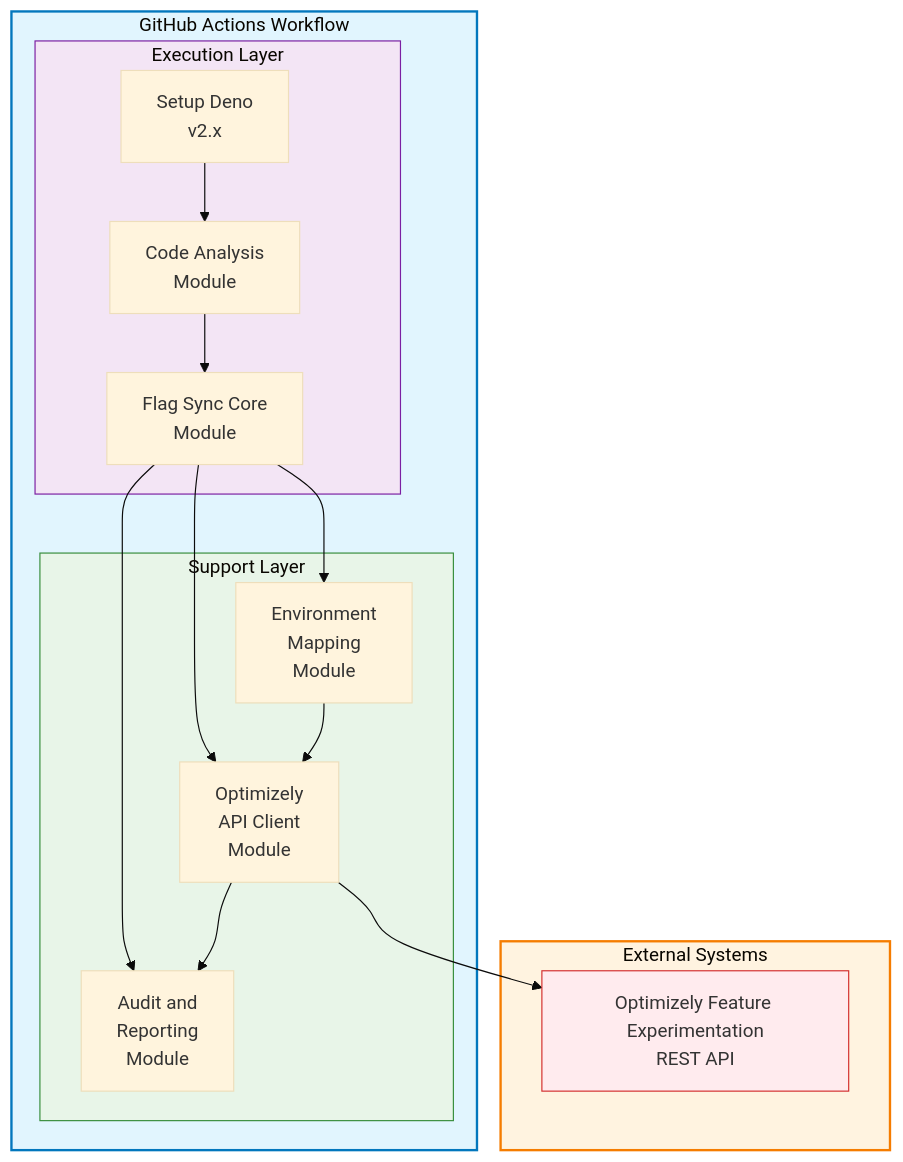
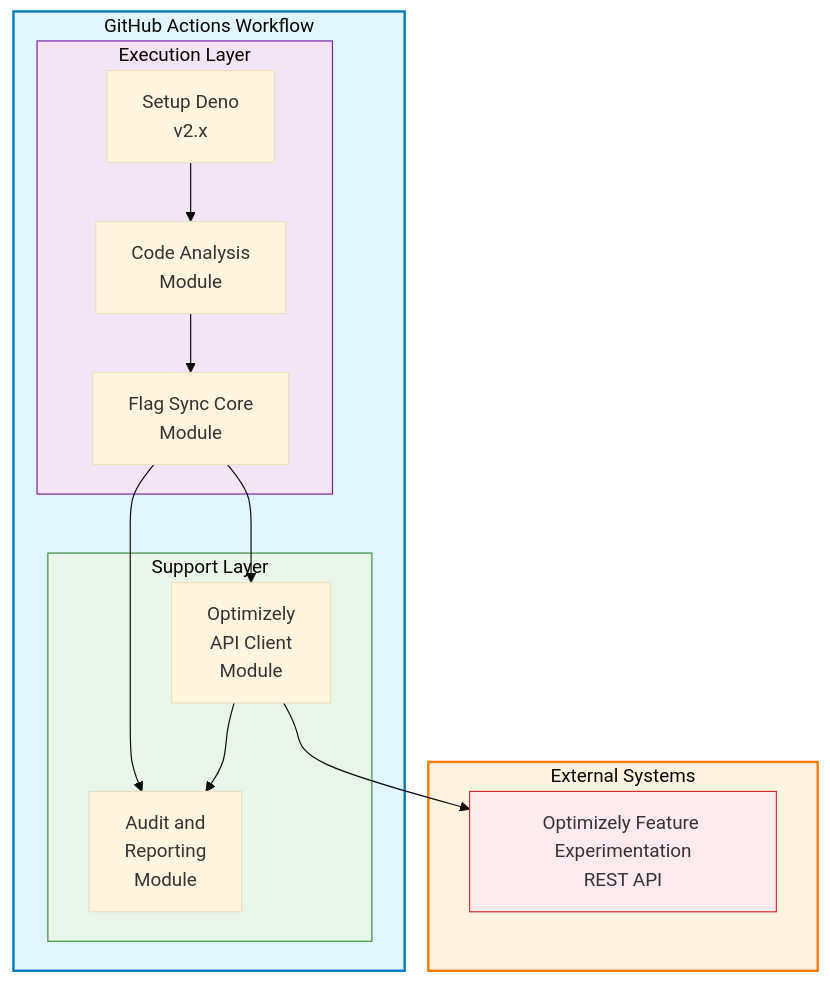
Before and after one commit to mikechu-optimizely/github-actions-feature-flag-integration: the first of 2 diagrams in docs/tdd.md, drawn with Mermaid (base theme). The commit also changed other lines of this file and 2 other files, not shown here.

Commit message:
doc: remove secondary goal of sync-ing Optimizely environments

````diff
--- a/docs/tdd.md
+++ b/docs/tdd.md
@@ -19,36 +19,33 @@
 ```mermaid
 flowchart TB
     subgraph GHA["GitHub Actions Workflow"]
         subgraph Layer1["Execution Layer"]
             Setup["Setup Deno<br/>v2.x"]
             Analysis["Code Analysis<br/>Module"]
             Sync["Flag Sync Core<br/>Module"]
         end
         
         subgraph Layer2["Support Layer"]
-            Environment["Environment<br/>Mapping<br/>Module"]
             Client["Optimizely<br/>API Client<br/>Module"]
             Audit["Audit and<br/>Reporting<br/>Module"]
         end
         
         Setup --> Analysis
         Analysis --> Sync
-        Sync --> Environment
         Sync --> Client
         Sync --> Audit
-        Environment --> Client
         Client --> Audit
     end
     
     subgraph External["External Systems"]
         OptimizelyAPI["Optimizely Feature Experimentation<br/>REST API"]
     end
 
     Client --> OptimizelyAPI
 
     style GHA fill:#e1f5fe,stroke:#0277bd,stroke-width:2px
     style Layer1 fill:#f3e5f5,stroke:#7b1fa2,stroke-width:1px
     style Layer2 fill:#e8f5e8,stroke:#388e3c,stroke-width:1px
     style External fill:#fff3e0,stroke:#f57c00,stroke-width:2px
     style OptimizelyAPI fill:#ffebee,stroke:#d32f2f,stroke-width:1px
 ```
````
